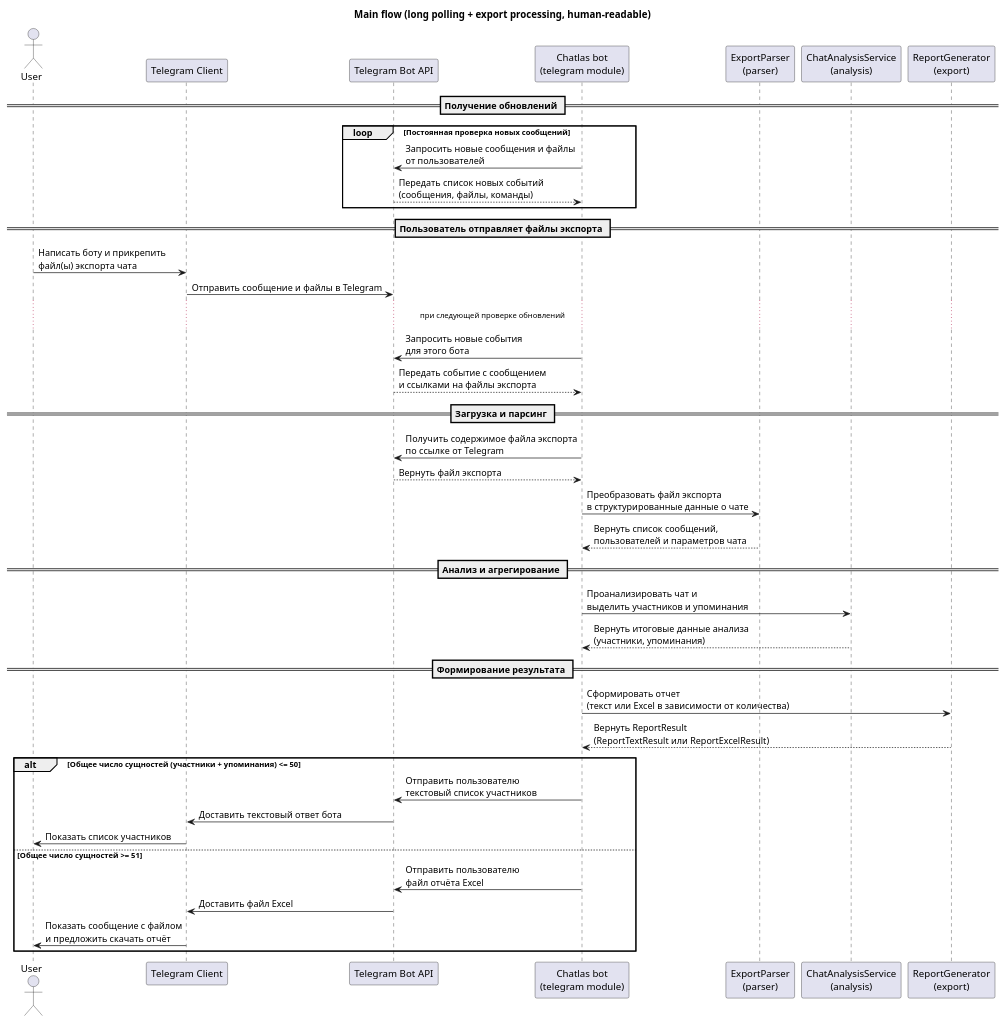
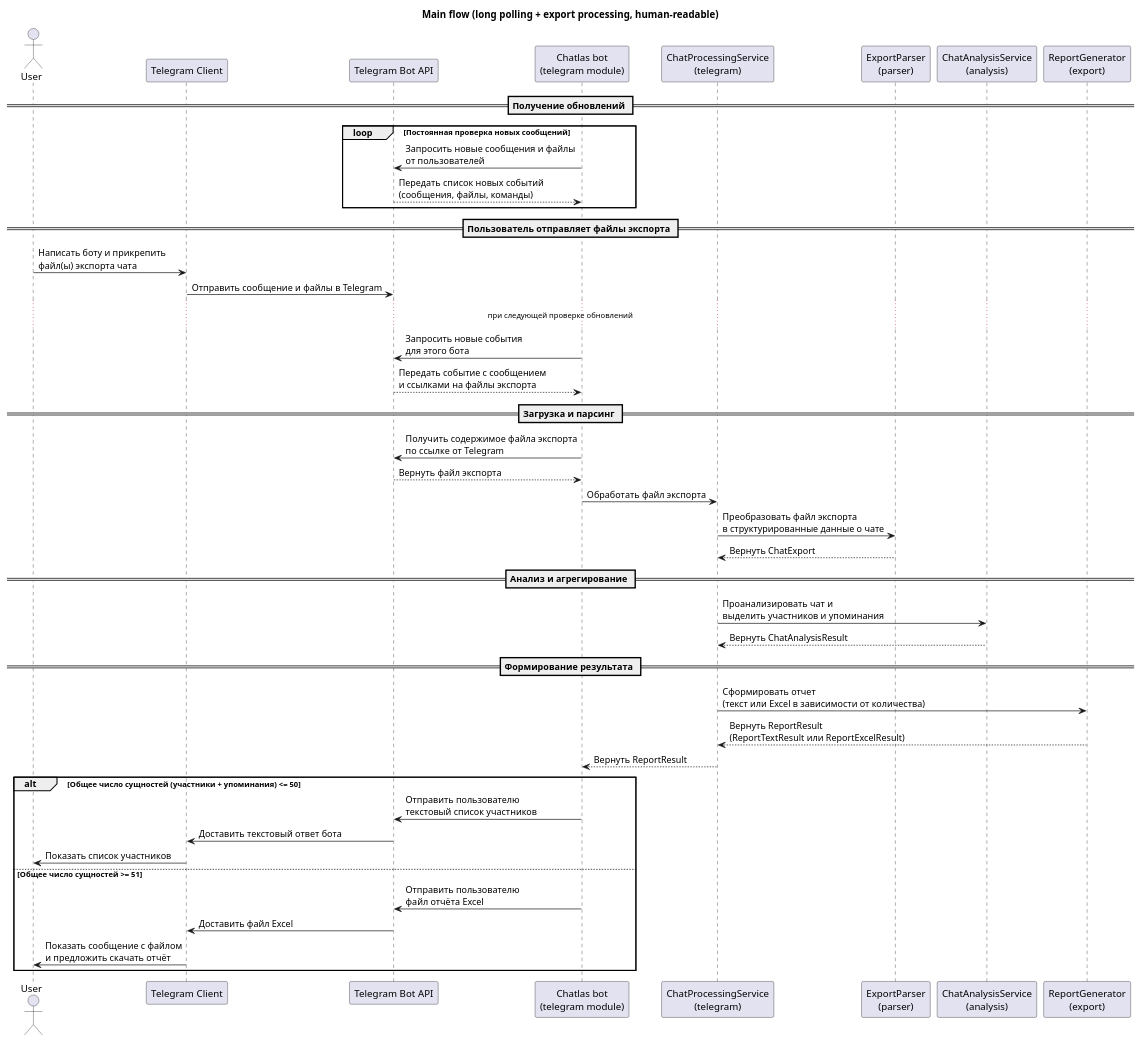
Before and after one commit to vspochernin/chatlas: the diagram in docs/diagrams/sequence.puml, drawn with PlantUML. The commit also changed 8 other files, not shown here.

```diff
--- a/docs/diagrams/sequence.puml
+++ b/docs/diagrams/sequence.puml
@@ -1,49 +1,52 @@
 @startuml sequence
 title Main flow (long polling + export processing, human-readable)
 
 actor User
 participant "Telegram Client" as TgClient
 participant "Telegram Bot API" as TgAPI
 participant "Chatlas bot\n(telegram module)" as Bot
+participant "ChatProcessingService\n(telegram)" as ProcessingService
 participant "ExportParser\n(parser)" as Parser
 participant "ChatAnalysisService\n(analysis)" as Analysis
 participant "ReportGenerator\n(export)" as ReportGen
 
 == Получение обновлений ==
 loop Постоянная проверка новых сообщений
   Bot -> TgAPI : Запросить новые сообщения и файлы\nот пользователей
   TgAPI --> Bot : Передать список новых событий\n(сообщения, файлы, команды)
 end
 
 == Пользователь отправляет файлы экспорта ==
 User -> TgClient : Написать боту и прикрепить\nфайл(ы) экспорта чата
 TgClient -> TgAPI : Отправить сообщение и файлы в Telegram
 ... при следующей проверке обновлений ...
 Bot -> TgAPI : Запросить новые события\nдля этого бота
 TgAPI --> Bot : Передать событие с сообщением\nи ссылками на файлы экспорта
 
 == Загрузка и парсинг ==
 Bot -> TgAPI : Получить содержимое файла экспорта\nпо ссылке от Telegram
 TgAPI --> Bot : Вернуть файл экспорта
 
-Bot -> Parser : Преобразовать файл экспорта\nв структурированные данные о чате
-Parser --> Bot : Вернуть список сообщений,\nпользователей и параметров чата
+Bot -> ProcessingService : Обработать файл экспорта
+ProcessingService -> Parser : Преобразовать файл экспорта\nв структурированные данные о чате
+Parser --> ProcessingService : Вернуть ChatExport
 
 == Анализ и агрегирование ==
-Bot -> Analysis : Проанализировать чат и\nвыделить участников и упоминания
-Analysis --> Bot : Вернуть итоговые данные анализа\n(участники, упоминания)
+ProcessingService -> Analysis : Проанализировать чат и\nвыделить участников и упоминания
+Analysis --> ProcessingService : Вернуть ChatAnalysisResult
 
 == Формирование результата ==
-Bot -> ReportGen : Сформировать отчет\n(текст или Excel в зависимости от количества)
-ReportGen --> Bot : Вернуть ReportResult\n(ReportTextResult или ReportExcelResult)
+ProcessingService -> ReportGen : Сформировать отчет\n(текст или Excel в зависимости от количества)
+ReportGen --> ProcessingService : Вернуть ReportResult\n(ReportTextResult или ReportExcelResult)
+ProcessingService --> Bot : Вернуть ReportResult
 alt Общее число сущностей (участники + упоминания) <= 50
   Bot -> TgAPI : Отправить пользователю\nтекстовый список участников
   TgAPI -> TgClient : Доставить текстовый ответ бота
   TgClient -> User : Показать список участников
 else Общее число сущностей >= 51
   Bot -> TgAPI : Отправить пользователю\nфайл отчёта Excel
   TgAPI -> TgClient : Доставить файл Excel
   TgClient -> User : Показать сообщение с файлом\nи предложить скачать отчёт
 end
 
 @enduml
```
